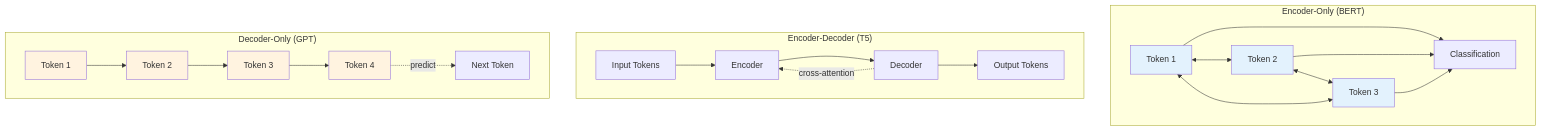
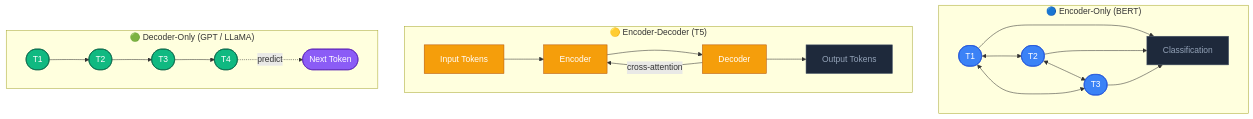
One commit to tripplen23/finetuning-sessions changed the third of 7 diagrams in week1/CONTEXT.md. Above: the diagram before and after it, drawn with Mermaid. The commit also changed other lines of this file and 1 other file, not shown here.

Commit message:
update mermaid

````diff
--- a/week1/CONTEXT.md
+++ b/week1/CONTEXT.md
@@ -122,33 +118,30 @@
 ```mermaid
 graph TB
-    subgraph "Encoder-Only (BERT)"
-        E1[Token 1] <--> E2[Token 2]
-        E2 <--> E3[Token 3]
+    subgraph enc["🔵 Encoder-Only (BERT)"]
+        direction LR
+        E1(["T1"]):::enc <--> E2(["T2"]):::enc
+        E2 <--> E3(["T3"]):::enc
         E3 <--> E1
-        E1 --> O1[Classification]
-        E2 --> O1
-        E3 --> O1
+        E1 & E2 & E3 --> O1["Classification"]:::out
     end
-    
-    subgraph "Encoder-Decoder (T5)"
-        ED1[Input Tokens] --> ENC[Encoder]
-        ENC --> DEC[Decoder]
-        DEC --> ED2[Output Tokens]
-        DEC -.cross-attention.-> ENC
+
+    subgraph encdec["🟡 Encoder-Decoder (T5)"]
+        direction LR
+        ED1["Input Tokens"]:::encdec --> ENC["Encoder"]:::encdec
+        ENC --> DEC["Decoder"]:::encdec
+        DEC -- "cross-attention" --> ENC
+        DEC --> ED2["Output Tokens"]:::out
     end
-    
-    subgraph "Decoder-Only (GPT)"
-        D1[Token 1] --> D2[Token 2]
-        D2 --> D3[Token 3]
-        D3 --> D4[Token 4]
-        D4 -.predict.-> D5[Next Token]
+
+    subgraph dec["🟢 Decoder-Only (GPT / LLaMA)"]
+        direction LR
+        D1(["T1"]):::decn --> D2(["T2"]):::decn --> D3(["T3"]):::decn --> D4(["T4"]):::decn
+        D4 -. "predict" .-> D5(["Next Token"]):::pred
     end
-    
-    style E1 fill:#e3f2fd
-    style E2 fill:#e3f2fd
-    style E3 fill:#e3f2fd
-    style D1 fill:#fff3e0
-    style D2 fill:#fff3e0
-    style D3 fill:#fff3e0
-    style D4 fill:#fff3e0
+
+    classDef enc    fill:#3B82F6,stroke:#1D4ED8,color:#fff
+    classDef encdec fill:#F59E0B,stroke:#B45309,color:#fff
+    classDef decn   fill:#10B981,stroke:#065F46,color:#fff
+    classDef pred   fill:#8B5CF6,stroke:#5B21B6,color:#fff
+    classDef out    fill:#1E293B,stroke:#475569,color:#94A3B8
 ```
````
